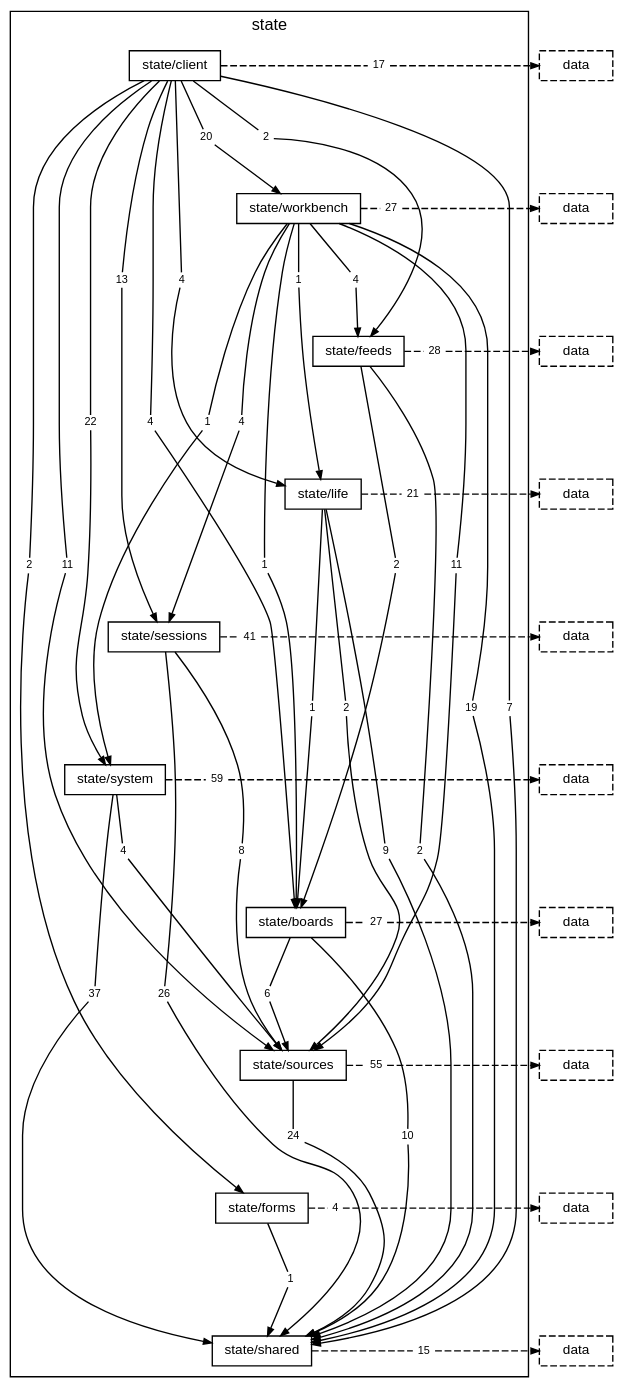
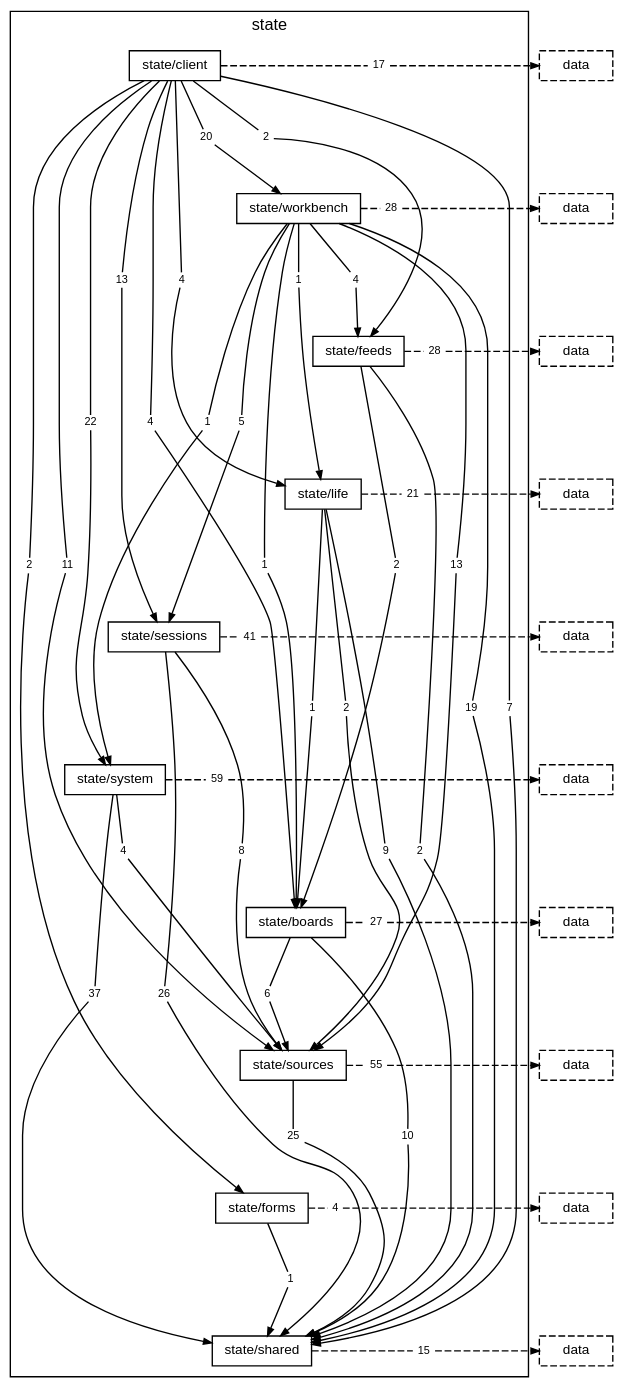
The diagram in docs/diagrams/layer-state.dot (TheAxeC/oculus), drawn with Graphviz before and after one commit. The commit also changed 63 other files, not shown here.

```diff
--- a/docs/diagrams/layer-state.dot
+++ b/docs/diagrams/layer-state.dot
@@ -27,11 +27,11 @@
         "folder state/workbench to folder state/boards" [label="1", shape=box, color="transparent", fontsize=8, width=0, height=0, margin="0.04,0.02"];
         "folder state/workbench to folder state/feeds" [label="4", shape=box, color="transparent", fontsize=8, width=0, height=0, margin="0.04,0.02"];
         "folder state/workbench to folder state/life" [label="1", shape=box, color="transparent", fontsize=8, width=0, height=0, margin="0.04,0.02"];
-        "folder state/workbench to folder state/sessions" [label="4", shape=box, color="transparent", fontsize=8, width=0, height=0, margin="0.04,0.02"];
+        "folder state/workbench to folder state/sessions" [label="5", shape=box, color="transparent", fontsize=8, width=0, height=0, margin="0.04,0.02"];
         "folder state/workbench to folder state/shared" [label="19", shape=box, color="transparent", fontsize=8, width=0, height=0, margin="0.04,0.02"];
-        "folder state/workbench to folder state/sources" [label="11", shape=box, color="transparent", fontsize=8, width=0, height=0, margin="0.04,0.02"];
+        "folder state/workbench to folder state/sources" [label="13", shape=box, color="transparent", fontsize=8, width=0, height=0, margin="0.04,0.02"];
         "folder state/workbench to folder state/system" [label="1", shape=box, color="transparent", fontsize=8, width=0, height=0, margin="0.04,0.02"];
-        "folder state/workbench to layer data" [label="27", shape=box, color="transparent", fontsize=8, width=0, height=0, margin="0.04,0.02"];
+        "folder state/workbench to layer data" [label="28", shape=box, color="transparent", fontsize=8, width=0, height=0, margin="0.04,0.02"];
         "folder state/feeds to folder state/boards" [label="2", shape=box, color="transparent", fontsize=8, width=0, height=0, margin="0.04,0.02"];
         "folder state/feeds to folder state/shared" [label="2", shape=box, color="transparent", fontsize=8, width=0, height=0, margin="0.04,0.02"];
         "folder state/feeds to layer data" [label="28", shape=box, color="transparent", fontsize=8, width=0, height=0, margin="0.04,0.02"];
@@ -48,7 +48,7 @@
         "folder state/boards to folder state/shared" [label="10", shape=box, color="transparent", fontsize=8, width=0, height=0, margin="0.04,0.02"];
         "folder state/boards to folder state/sources" [label="6", shape=box, color="transparent", fontsize=8, width=0, height=0, margin="0.04,0.02"];
         "folder state/boards to layer data" [label="27", shape=box, color="transparent", fontsize=8, width=0, height=0, margin="0.04,0.02"];
-        "folder state/sources to folder state/shared" [label="24", shape=box, color="transparent", fontsize=8, width=0, height=0, margin="0.04,0.02"];
+        "folder state/sources to folder state/shared" [label="25", shape=box, color="transparent", fontsize=8, width=0, height=0, margin="0.04,0.02"];
         "folder state/sources to layer data" [label="55", shape=box, color="transparent", fontsize=8, width=0, height=0, margin="0.04,0.02"];
         "folder state/forms to folder state/shared" [label="1", shape=box, color="transparent", fontsize=8, width=0, height=0, margin="0.04,0.02"];
         "folder state/forms to layer data" [label="4", shape=box, color="transparent", fontsize=8, width=0, height=0, margin="0.04,0.02"];
```
